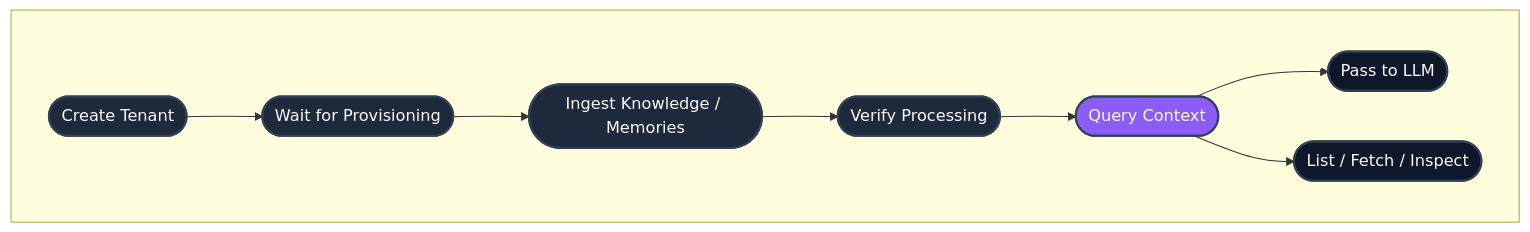
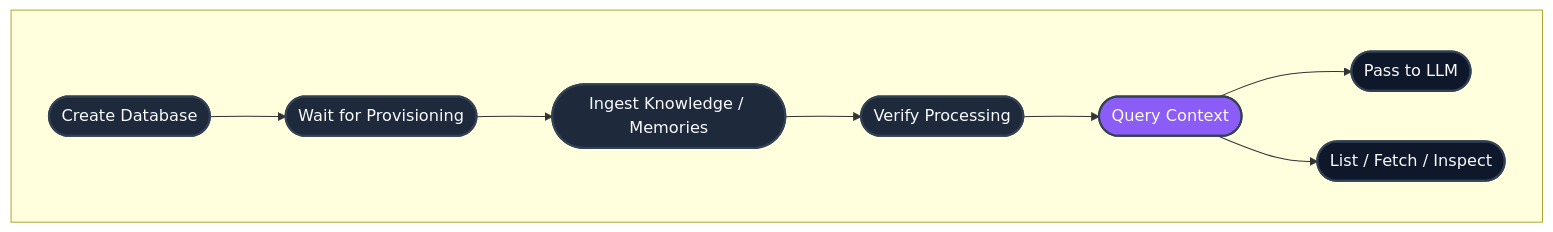
Before and after one commit to hydra-db/mintlify-docs: the diagram in api-reference/v2/index.mdx, drawn with Mermaid. The commit also changed other lines of this file and 5 other files, not shown here.

````diff
--- a/api-reference/v2/index.mdx
+++ b/api-reference/v2/index.mdx
@@ -37,21 +37,21 @@
 ```mermaid
 flowchart LR
 
-    subgraph Tenant Lifecycle [" "]
+    subgraph Database Lifecycle [" "]
       direction LR
-      A([Create Tenant])-->B([Wait for Provisioning])
+      A([Create Database])-->B([Wait for Provisioning])
       B-->C([Ingest Knowledge / Memories])
       C-->D([Verify Processing])
       D-->E([Query Context])
       E-->F([Pass to LLM])
       E-->G([List / Fetch / Inspect])
     end
 
     style A fill:#1e293b,stroke:#334155,stroke-width:2px,color:#f8fafc
     style B fill:#1e293b,stroke:#334155,stroke-width:2px,color:#f8fafc
     style C fill:#1e293b,stroke:#334155,stroke-width:2px,color:#f8fafc
     style D fill:#1e293b,stroke:#334155,stroke-width:2px,color:#f8fafc
     style E fill:#8b5cf6,stroke:#334155,stroke-width:2px,color:#f8fafc
     style F fill:#0f172a,stroke:#334155,stroke-width:2px,color:#f8fafc
     style G fill:#0f172a,stroke:#334155,stroke-width:2px,color:#f8fafc
 ```
````
